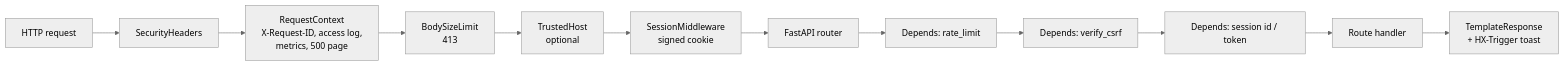
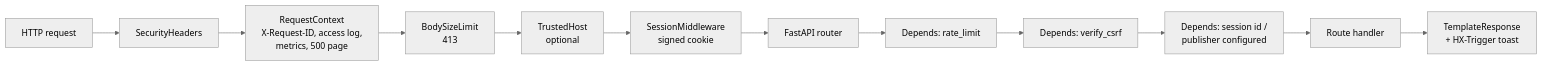
The third of 10 diagrams in docs/ARCHITECTURE.md (Aminul1993/Social-Booster), drawn with Mermaid (neutral theme) before and after one commit. The commit also changed other lines of this file and 48 other files, not shown here.

````diff
--- a/docs/ARCHITECTURE.md
+++ b/docs/ARCHITECTURE.md
@@ -94,14 +95,14 @@
 ```mermaid
 flowchart LR
     req[HTTP request] --> sh[SecurityHeaders]
     sh --> rc[RequestContext<br/>X-Request-ID, access log,<br/>metrics, 500 page]
     rc --> bl[BodySizeLimit<br/>413]
     bl --> th[TrustedHost<br/>optional]
     th --> sess[SessionMiddleware<br/>signed cookie]
     sess --> router[FastAPI router]
     router --> d1[Depends: rate_limit]
     d1 --> d2[Depends: verify_csrf]
-    d2 --> d3[Depends: session id / token]
+    d2 --> d3[Depends: session id /<br/>publisher configured]
     d3 --> handler[Route handler]
     handler --> tpl[TemplateResponse<br/>+ HX-Trigger toast]
 ```
````
